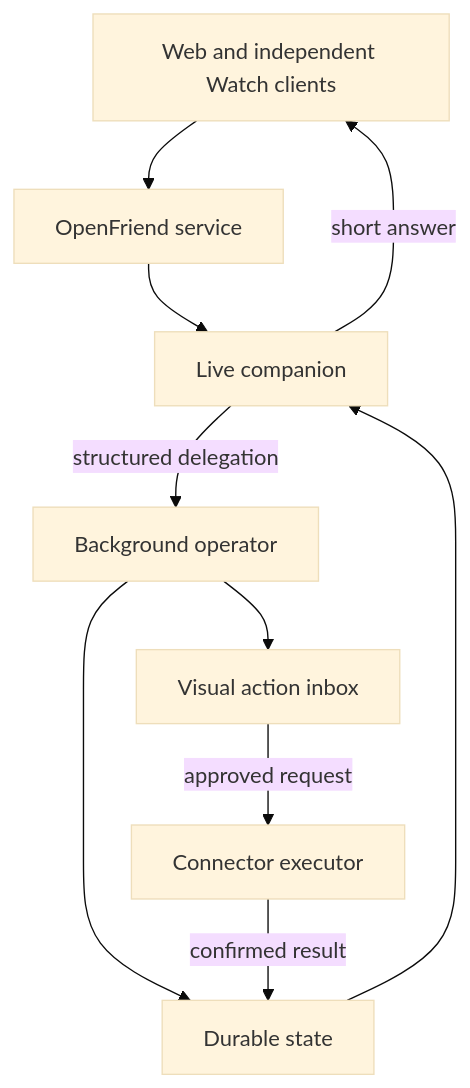
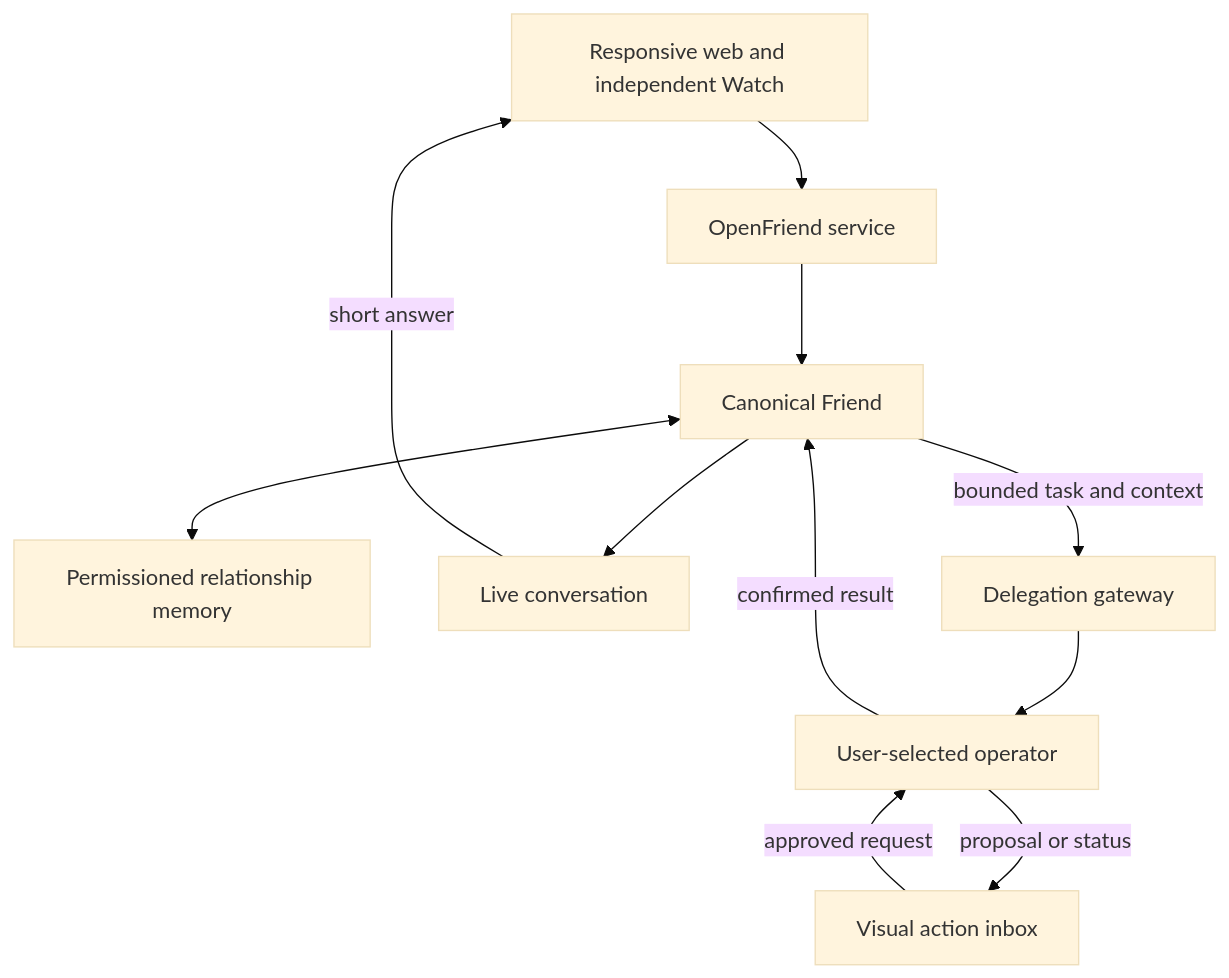
One commit to andrewsiah/openfriend changed the diagram in docs/ARCHITECTURE.md. Above: the diagram before and after it, drawn with Mermaid (base theme). The commit also changed other lines of this file and 12 other files, not shown here.

````diff
--- a/docs/ARCHITECTURE.md
+++ b/docs/ARCHITECTURE.md
@@ -8,12 +8,13 @@
 ```mermaid
 flowchart TD
-    Clients["Web and independent Watch clients"] --> API["OpenFriend service"]
-    API --> Live["Live companion"]
+    Clients["Responsive web and independent Watch"] --> API["OpenFriend service"]
+    API --> Friend["Canonical Friend"]
+    Friend <--> Memory["Permissioned relationship memory"]
+    Friend --> Live["Live conversation"]
     Live -->|"short answer"| Clients
-    Live -->|"structured delegation"| Operator["Background operator"]
-    Operator --> Store["Durable state"]
-    Operator --> Inbox["Visual action inbox"]
-    Inbox -->|"approved request"| Executor["Connector executor"]
-    Executor -->|"confirmed result"| Store
-    Store --> Live
+    Friend -->|"bounded task and context"| Gateway["Delegation gateway"]
+    Gateway --> Operator["User-selected operator"]
+    Operator -->|"proposal or status"| Inbox["Visual action inbox"]
+    Inbox -->|"approved request"| Operator
+    Operator -->|"confirmed result"| Friend
 ```
````
